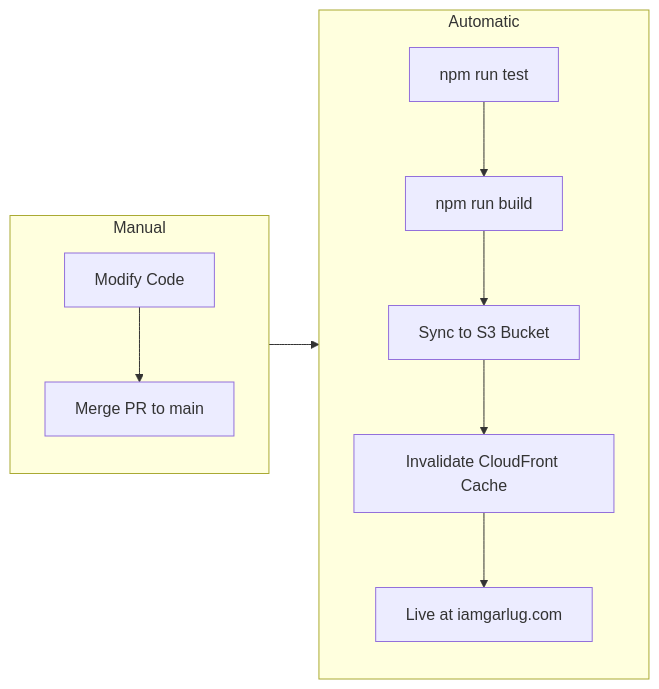
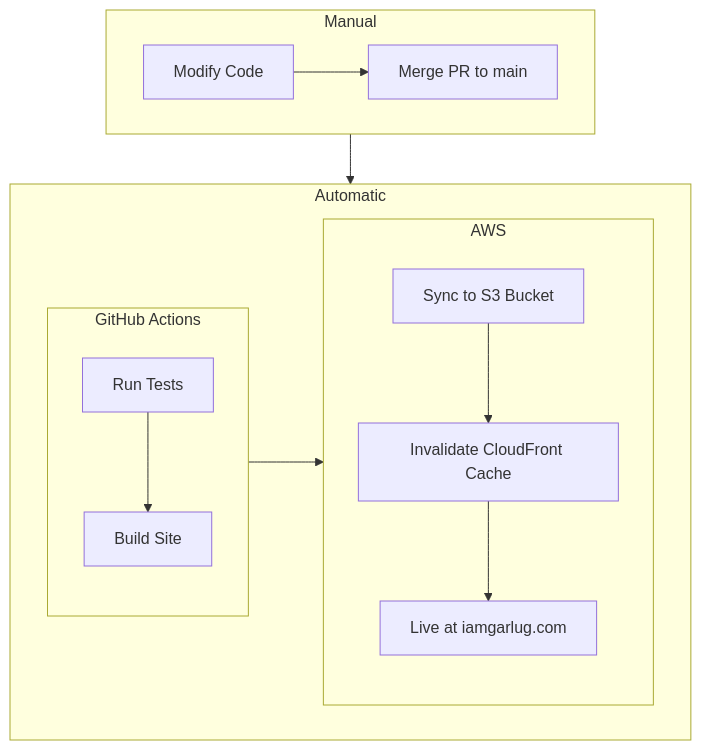
Before and after one commit to iamgarlug/sah.web.angular: the diagram in README.md, drawn with Mermaid. The commit also changed 1 other file, not shown here.

Commit message:
Tweaked mermaid layout
- Add sub-graphs in automatic section to differentiate GitHub Actions from AWS
- Changed positioning to vertical to fill the page a bit better

````diff
--- a/README.md
+++ b/README.md
@@ -28,13 +28,17 @@
 ```mermaid
-flowchart LR
+flowchart TB
     subgraph Manual
         Modify[Modify Code] --> PR[Merge PR to main]
     end
     subgraph Automatic
-        Test[npm run test] --> Build[npm run build]
-        Build --> S3[Sync to S3 Bucket]
-        S3 --> CF[Invalidate CloudFront Cache]
-        CF --> Live[Live at iamgarlug.com]
+        subgraph GHA[GitHub Actions]
+            Test[Run Tests] --> Build[Build Site]
+        end
+        subgraph AWS
+            S3[Sync to S3 Bucket] --> CF[Invalidate CloudFront Cache]
+            CF --> Live[Live at iamgarlug.com]
+        end
+        GHA --> AWS
     end
     Manual --> Automatic
 ```
````
